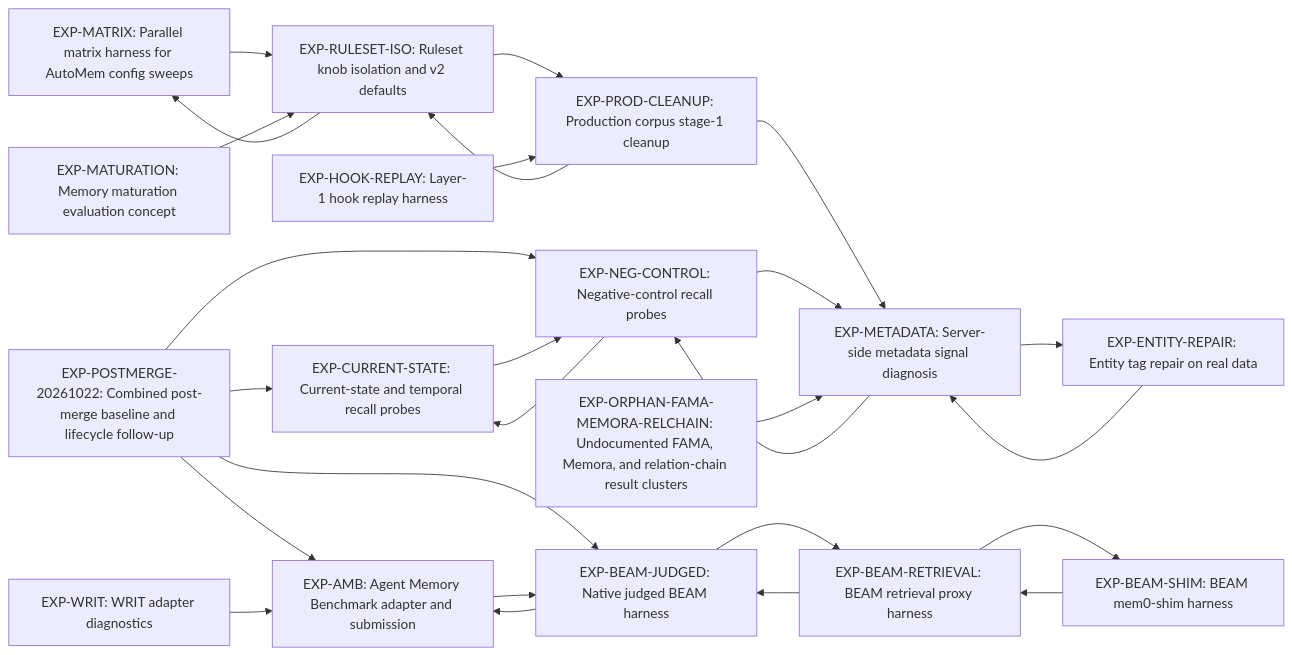
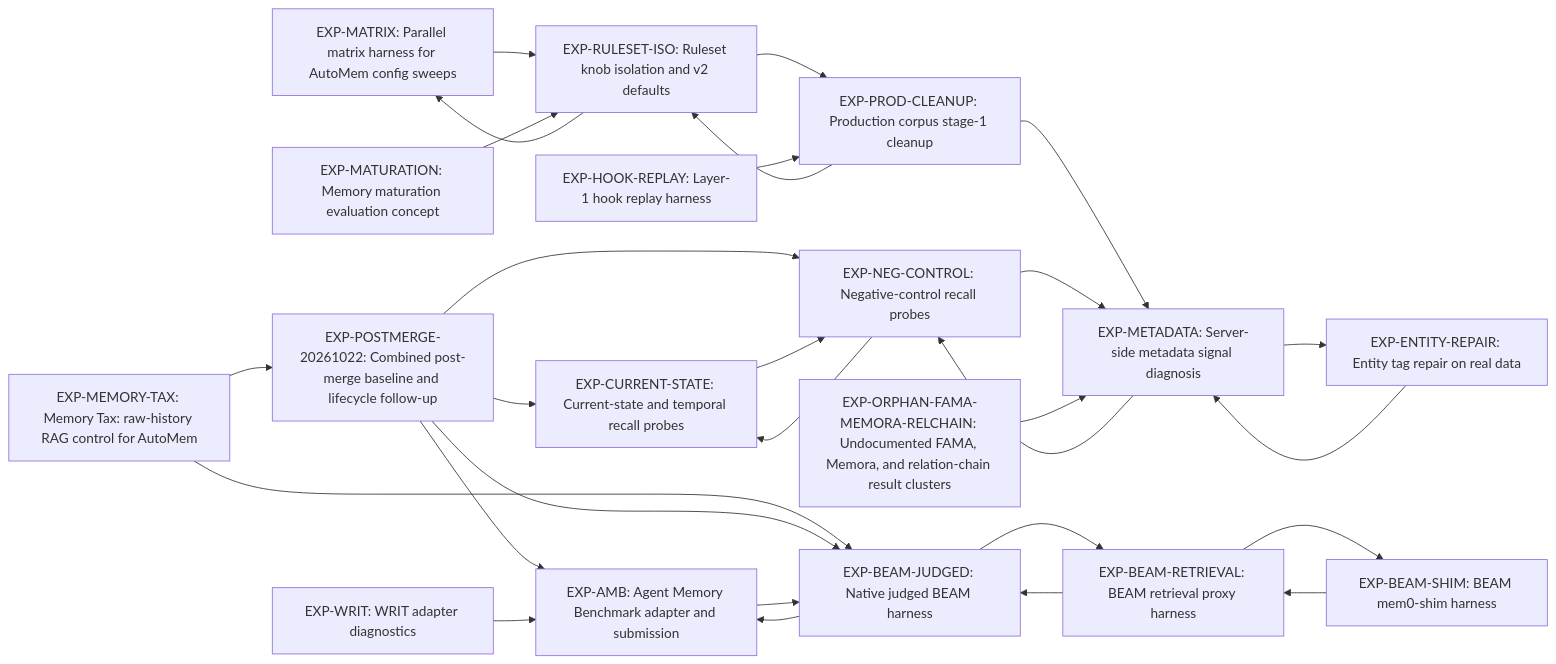
The diagram in docs/experiments/STATUS.md (verygoodplugins/automem-evals), drawn with Mermaid before and after one commit. The commit also changed other lines of this file and 4 other files, not shown here.

First line of the commit message:
docs(eval): spec Memory Tax raw-history RAG control

````diff
--- a/docs/experiments/STATUS.md
+++ b/docs/experiments/STATUS.md
@@ -31,44 +32,47 @@
 ```mermaid
 flowchart LR
+  EXP_MEMORY_TAX["EXP-MEMORY-TAX: Memory Tax: raw-history RAG control for AutoMem"]
   EXP_POSTMERGE_20261022["EXP-POSTMERGE-20261022: Combined post-merge baseline and lifecycle follow-up"]
   EXP_AMB["EXP-AMB: Agent Memory Benchmark adapter and submission"]
   EXP_MATRIX["EXP-MATRIX: Parallel matrix harness for AutoMem config sweeps"]
   EXP_BEAM_JUDGED["EXP-BEAM-JUDGED: Native judged BEAM harness"]
   EXP_BEAM_RETRIEVAL["EXP-BEAM-RETRIEVAL: BEAM retrieval proxy harness"]
   EXP_BEAM_SHIM["EXP-BEAM-SHIM: BEAM mem0-shim harness"]
   EXP_RULESET_ISO["EXP-RULESET-ISO: Ruleset knob isolation and v2 defaults"]
   EXP_PROD_CLEANUP["EXP-PROD-CLEANUP: Production corpus stage-1 cleanup"]
   EXP_HOOK_REPLAY["EXP-HOOK-REPLAY: Layer-1 hook replay harness"]
   EXP_CURRENT_STATE["EXP-CURRENT-STATE: Current-state and temporal recall probes"]
   EXP_ENTITY_REPAIR["EXP-ENTITY-REPAIR: Entity tag repair on real data"]
   EXP_METADATA["EXP-METADATA: Server-side metadata signal diagnosis"]
   EXP_NEG_CONTROL["EXP-NEG-CONTROL: Negative-control recall probes"]
   EXP_WRIT["EXP-WRIT: WRIT adapter diagnostics"]
   EXP_MATURATION["EXP-MATURATION: Memory maturation evaluation concept"]
   EXP_ORPHAN_FAMA_MEMORA_RELCHAIN["EXP-ORPHAN-FAMA-MEMORA-RELCHAIN: Undocumented FAMA, Memora, and relation-chain result clusters"]
+  EXP_MEMORY_TAX --> EXP_POSTMERGE_20261022
+  EXP_MEMORY_TAX --> EXP_BEAM_JUDGED
   EXP_POSTMERGE_20261022 --> EXP_CURRENT_STATE
   EXP_POSTMERGE_20261022 --> EXP_NEG_CONTROL
   EXP_POSTMERGE_20261022 --> EXP_AMB
   EXP_POSTMERGE_20261022 --> EXP_BEAM_JUDGED
   EXP_AMB --> EXP_BEAM_JUDGED
   EXP_MATRIX --> EXP_RULESET_ISO
   EXP_BEAM_JUDGED --> EXP_BEAM_RETRIEVAL
   EXP_BEAM_JUDGED --> EXP_AMB
   EXP_BEAM_RETRIEVAL --> EXP_BEAM_SHIM
   EXP_BEAM_RETRIEVAL --> EXP_BEAM_JUDGED
   EXP_BEAM_SHIM --> EXP_BEAM_RETRIEVAL
   EXP_RULESET_ISO --> EXP_PROD_CLEANUP
   EXP_RULESET_ISO --> EXP_MATRIX
   EXP_PROD_CLEANUP --> EXP_RULESET_ISO
   EXP_PROD_CLEANUP --> EXP_METADATA
   EXP_HOOK_REPLAY --> EXP_PROD_CLEANUP
   EXP_CURRENT_STATE --> EXP_NEG_CONTROL
   EXP_ENTITY_REPAIR --> EXP_METADATA
   EXP_METADATA --> EXP_ENTITY_REPAIR
   EXP_METADATA --> EXP_NEG_CONTROL
   EXP_NEG_CONTROL --> EXP_METADATA
   EXP_NEG_CONTROL --> EXP_CURRENT_STATE
   EXP_WRIT --> EXP_AMB
   EXP_MATURATION --> EXP_RULESET_ISO
   EXP_ORPHAN_FAMA_MEMORA_RELCHAIN --> EXP_METADATA
 ```
````
